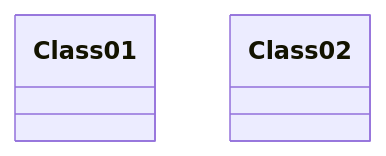
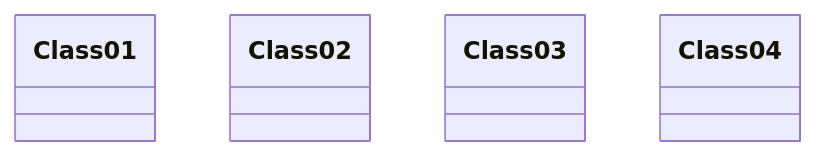
Diagram 14 of 14 in docs/classDiagram.md (mermaid-js/mermaid), drawn with Mermaid before and after one commit. The commit also changed other lines of this file and 6 other files, not shown here.

Commit message:
Updated the click_security_loose test case for classDiagram and classDiagram-v2 for new callback function arg

````diff
--- a/docs/classDiagram.md
+++ b/docs/classDiagram.md
@@ -487,7 +493,11 @@
 ```mermaid
 classDiagram
     class Class01
     class Class02
     callback Class01 "callbackFunction" "Callback tooltip"
     link Class02 "http://www.github.com" "This is a link"
+    class Class03
+    class Class04
+    click Class03 call callbackFunction() "Callback tooltip"
+    click Class04 href "http://www.github.com" "This is a link"
 ```
````
